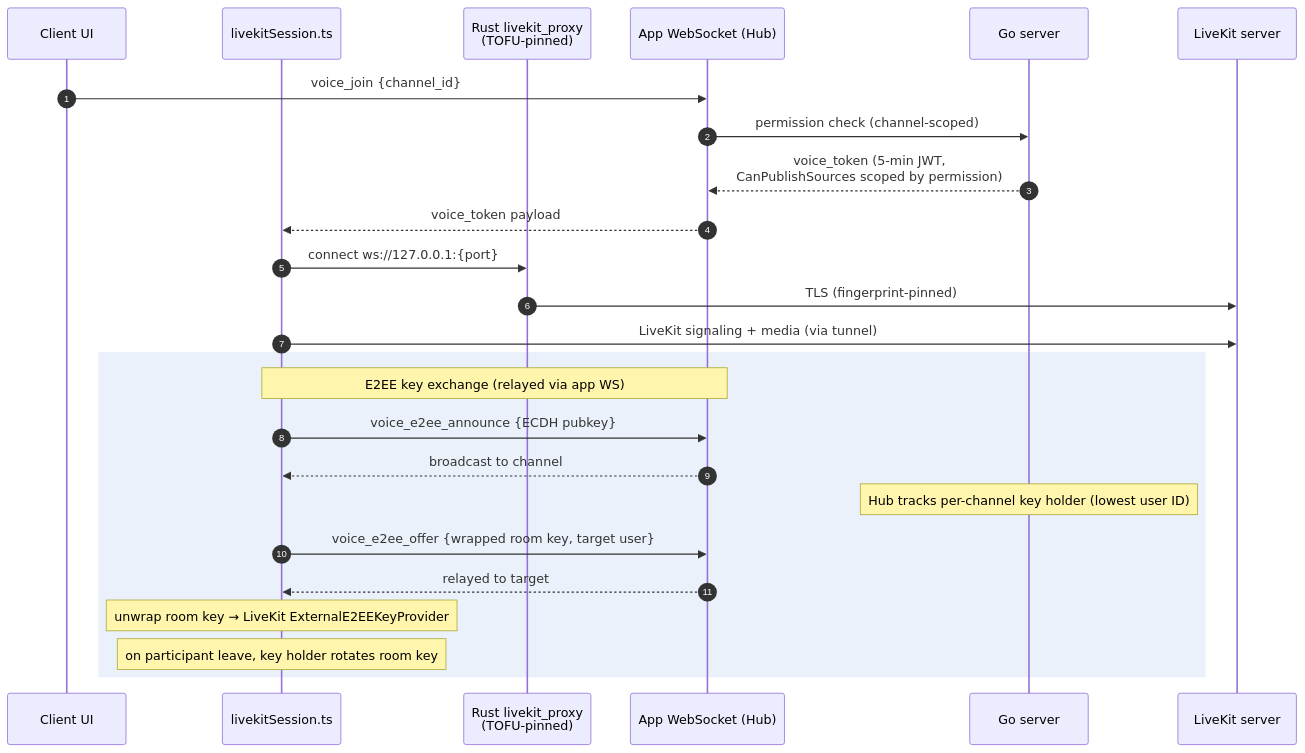
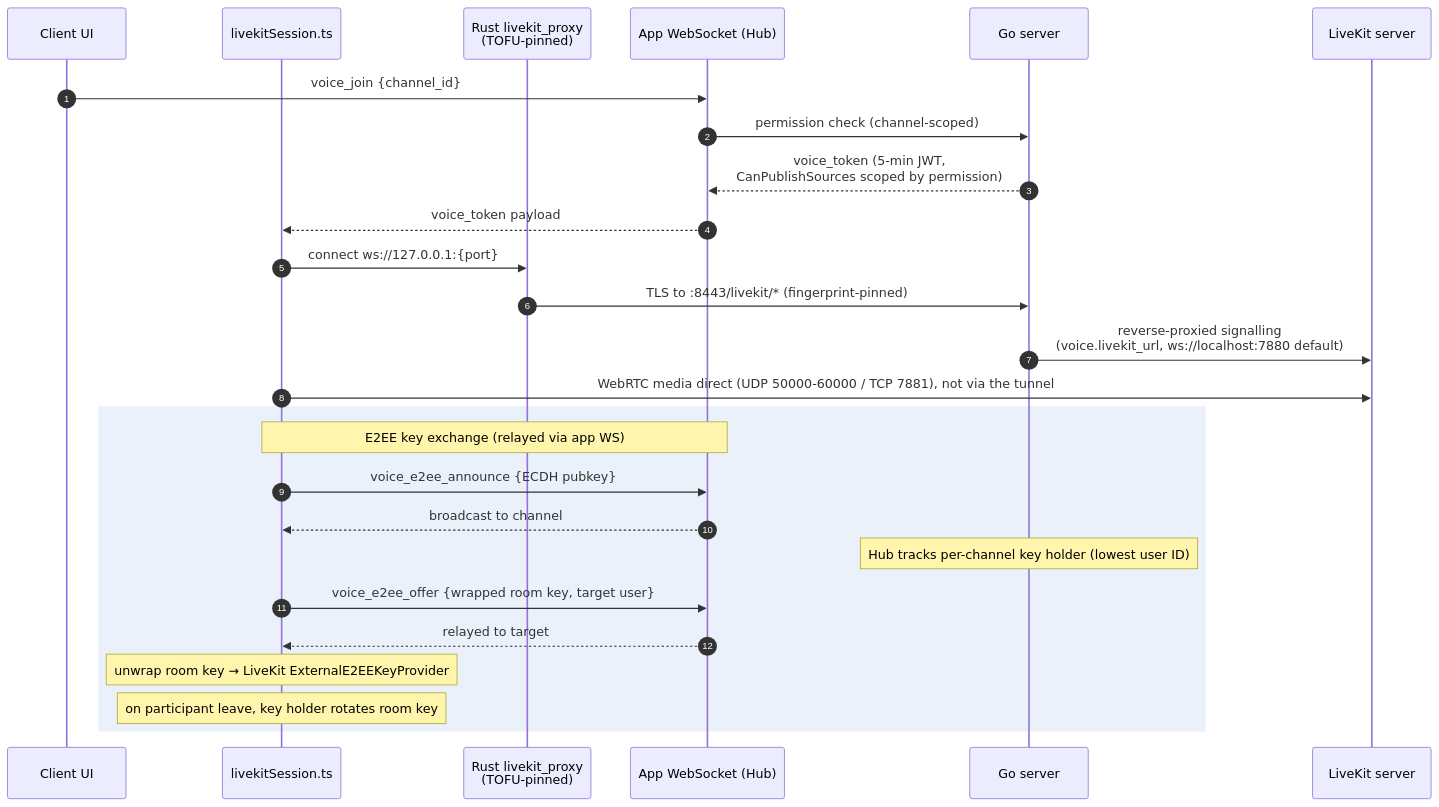
Before and after one commit to J3vb/OwnCord: the fourth of 4 diagrams in ARCHITECTURE.md, drawn with Mermaid. The commit also changed other lines of this file and 9 other files, not shown here.

````diff
--- a/ARCHITECTURE.md
+++ b/ARCHITECTURE.md
@@ -189,29 +208,30 @@
 ```mermaid
 sequenceDiagram
     autonumber
     participant UI as Client UI
     participant LKS as livekitSession.ts
     participant RP as Rust livekit_proxy<br/>(TOFU-pinned)
     participant WS as App WebSocket (Hub)
     participant SRV as Go server
     participant LK as LiveKit server
 
     UI->>WS: voice_join {channel_id}
     WS->>SRV: permission check (channel-scoped)
     SRV-->>WS: voice_token (5-min JWT,<br/>CanPublishSources scoped by permission)
     WS-->>LKS: voice_token payload
     LKS->>RP: connect ws://127.0.0.1:{port}
-    RP->>LK: TLS (fingerprint-pinned)
-    LKS->>LK: LiveKit signaling + media (via tunnel)
+    RP->>SRV: TLS to :8443/livekit/* (fingerprint-pinned)
+    SRV->>LK: reverse-proxied signalling<br/>(voice.livekit_url, ws://localhost:7880 default)
+    LKS->>LK: WebRTC media direct (UDP 50000-60000 / TCP 7881), not via the tunnel
 
     rect rgba(120,160,220,0.15)
         Note over LKS,WS: E2EE key exchange (relayed via app WS)
         LKS->>WS: voice_e2ee_announce {ECDH pubkey}
         WS-->>LKS: broadcast to channel
         Note over SRV: Hub tracks per-channel key holder (lowest user ID)
         LKS->>WS: voice_e2ee_offer {wrapped room key, target user}
         WS-->>LKS: relayed to target
         Note over LKS: unwrap room key → LiveKit ExternalE2EEKeyProvider
         Note over LKS: on participant leave, key holder rotates room key
     end
 ```
````
